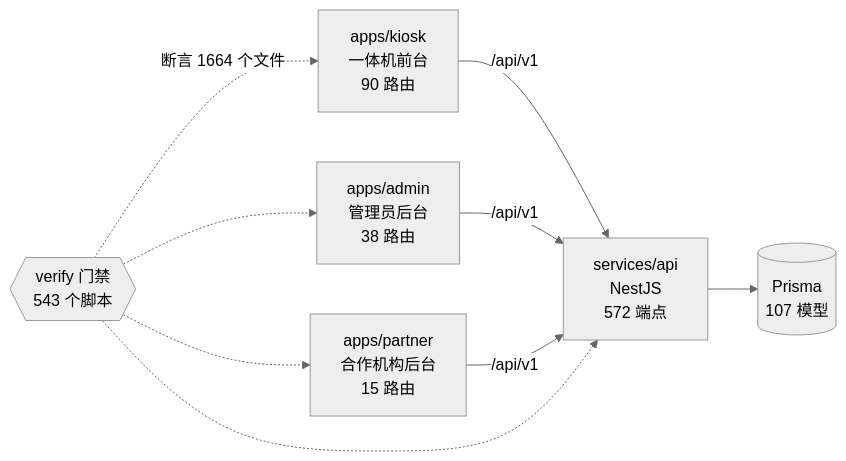
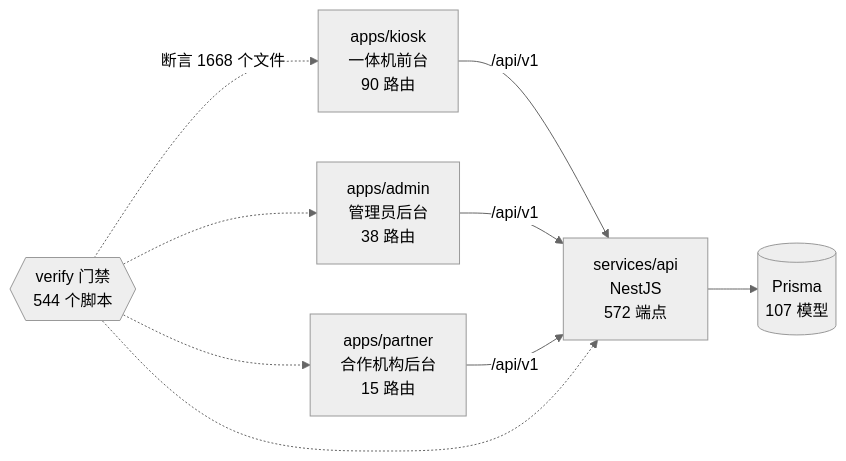
Before and after one commit to wanglei581/YITIJI: the diagram in docs/graph/README.md, drawn with Mermaid (neutral theme). The commit also changed other lines of this file and 3 other files, not shown here.

Commit message:
docs(progress): 短信按终端限流记录；重新生成图谱

````diff
--- a/docs/graph/README.md
+++ b/docs/graph/README.md
@@ -68,18 +68,18 @@
 ```mermaid
 flowchart LR
   kiosk["apps/kiosk<br/>一体机前台<br/>90 路由"]
   admin["apps/admin<br/>管理员后台<br/>38 路由"]
   partner["apps/partner<br/>合作机构后台<br/>15 路由"]
   api["services/api<br/>NestJS<br/>572 端点"]
   db[("Prisma<br/>107 模型")]
-  gates{{"verify 门禁<br/>543 个脚本"}}
+  gates{{"verify 门禁<br/>544 个脚本"}}
 
   kiosk -->|"/api/v1"| api
   admin -->|"/api/v1"| api
   partner -->|"/api/v1"| api
   api --> db
-  gates -.->|"断言 1664 个文件"| kiosk
+  gates -.->|"断言 1668 个文件"| kiosk
   gates -.-> admin
   gates -.-> partner
   gates -.-> api
 ```
````
